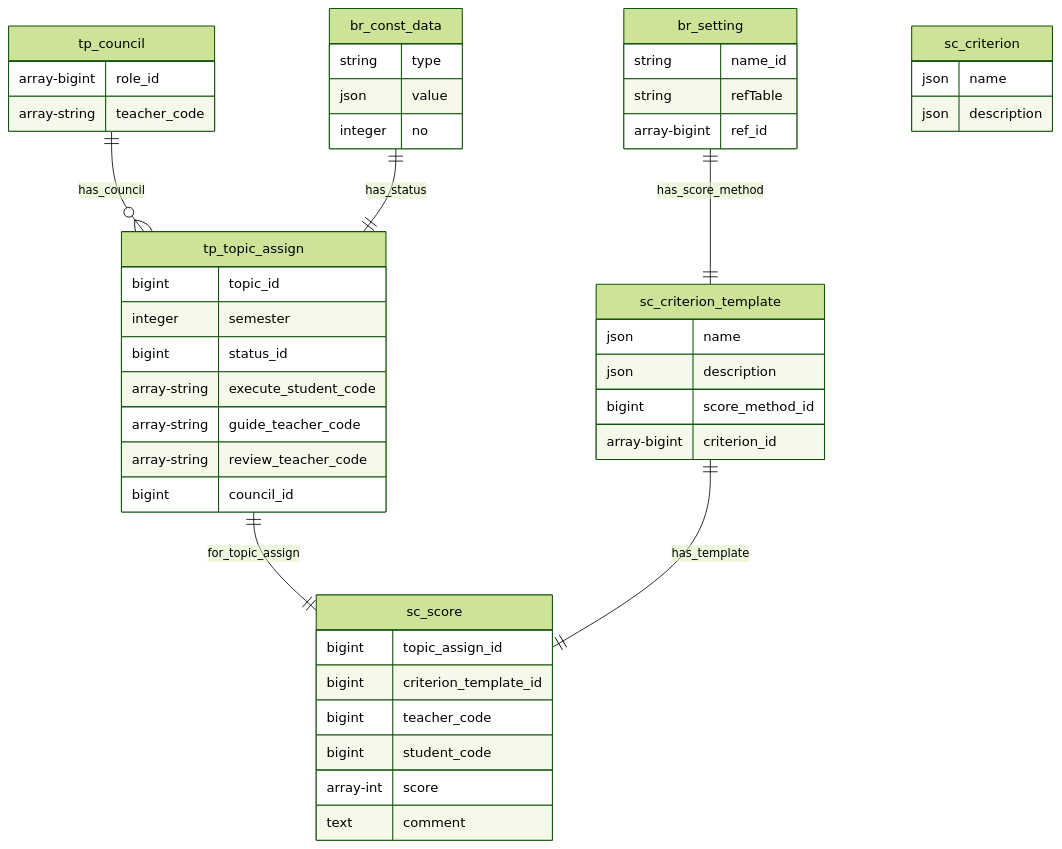
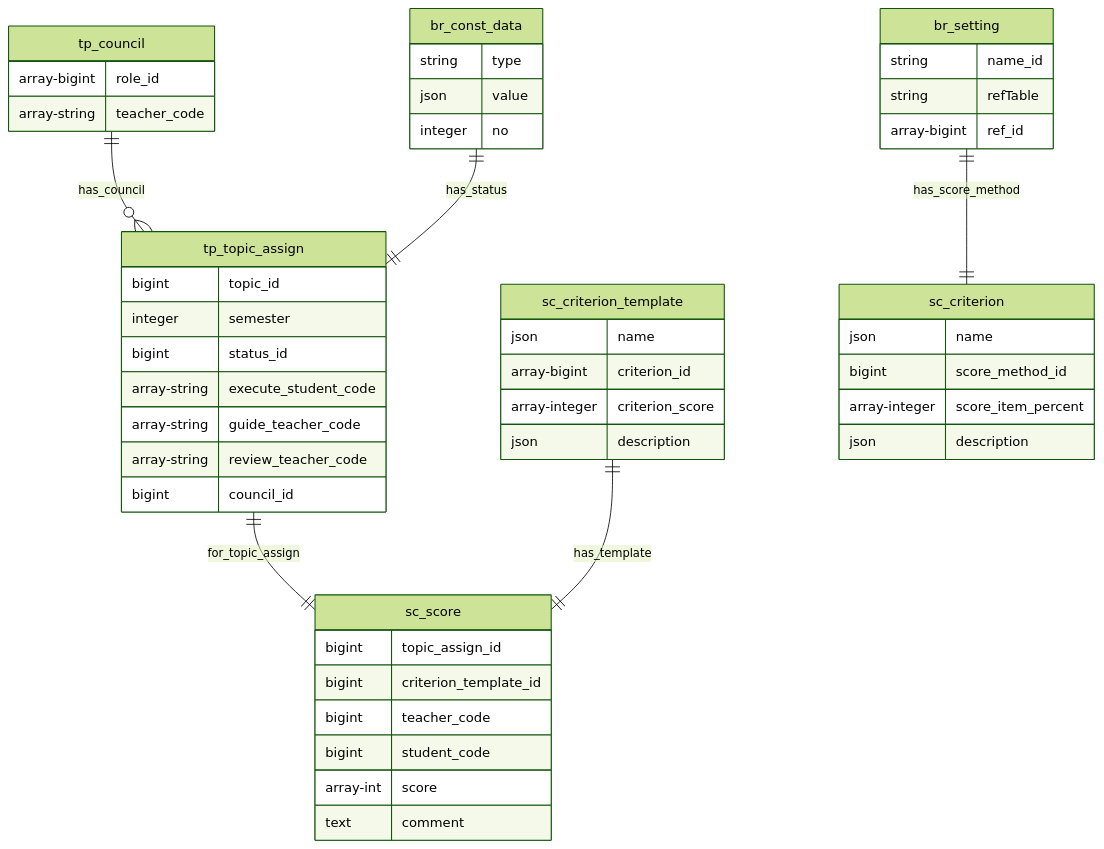
Before and after one commit to datai999/thesis-document: the fifth of 5 diagrams in report/Chapter_5_achitechture_design.md, drawn with Mermaid (forest theme). The commit also changed other lines of this file and 1 other file, not shown here.

Commit message:
update criterion table

````diff
--- a/report/Chapter_5_achitechture_design.md
+++ b/report/Chapter_5_achitechture_design.md
@@ -502,51 +502,53 @@
 ```mermaid
 erDiagram
     tp_council {
       array-bigint role_id
       array-string teacher_code
     }
     br_const_data {
         string type
         json value
         integer no
     }
     br_setting {
         string name_id
         string refTable
         array-bigint ref_id
     }
     tp_topic_assign {
       bigint topic_id
       integer semester
       bigint status_id
       array-string execute_student_code
       array-string guide_teacher_code
       array-string review_teacher_code
       bigint council_id
     }
+    sc_criterion_template {
+      json name
+      array-bigint criterion_id
+      array-integer criterion_score
+      json description
+    }
     sc_criterion {
         json name
+        bigint score_method_id
+        array-integer score_item_percent
         json description
-    }
-    sc_criterion_template {
-      json name
-      json description
-      bigint score_method_id
-      array-bigint criterion_id
     }
     sc_score {
       bigint topic_assign_id
       bigint criterion_template_id
       bigint teacher_code
       bigint student_code
       array-int score
       text comment
     }
     tp_council ||--o{ tp_topic_assign : has_council
     br_const_data ||--|| tp_topic_assign : has_status
 
-    br_setting ||--|| sc_criterion_template : has_score_method
-
     tp_topic_assign ||--|| sc_score : for_topic_assign
     sc_criterion_template ||--|| sc_score : has_template
+
+    br_setting ||--|| sc_criterion : has_score_method
 ```
````
